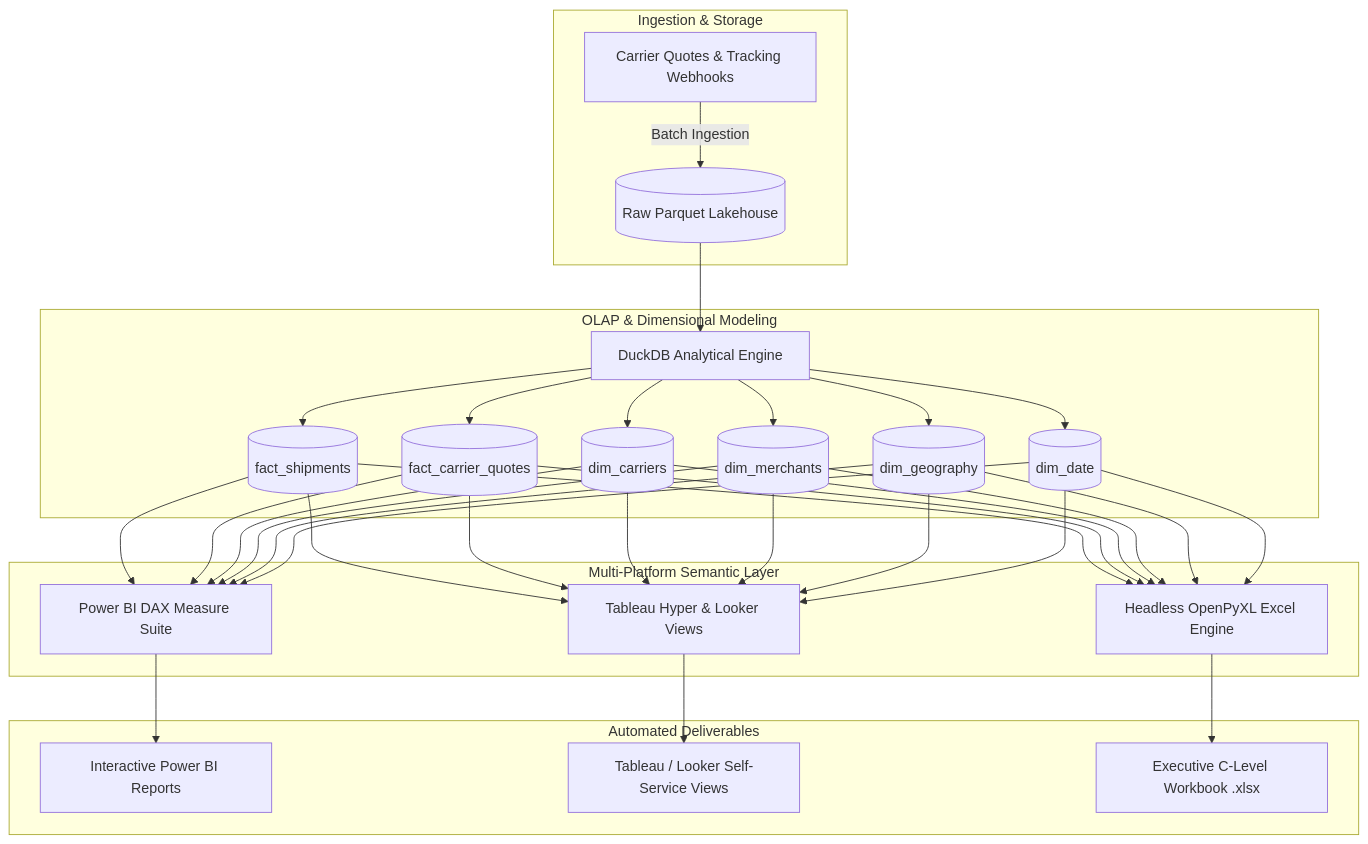
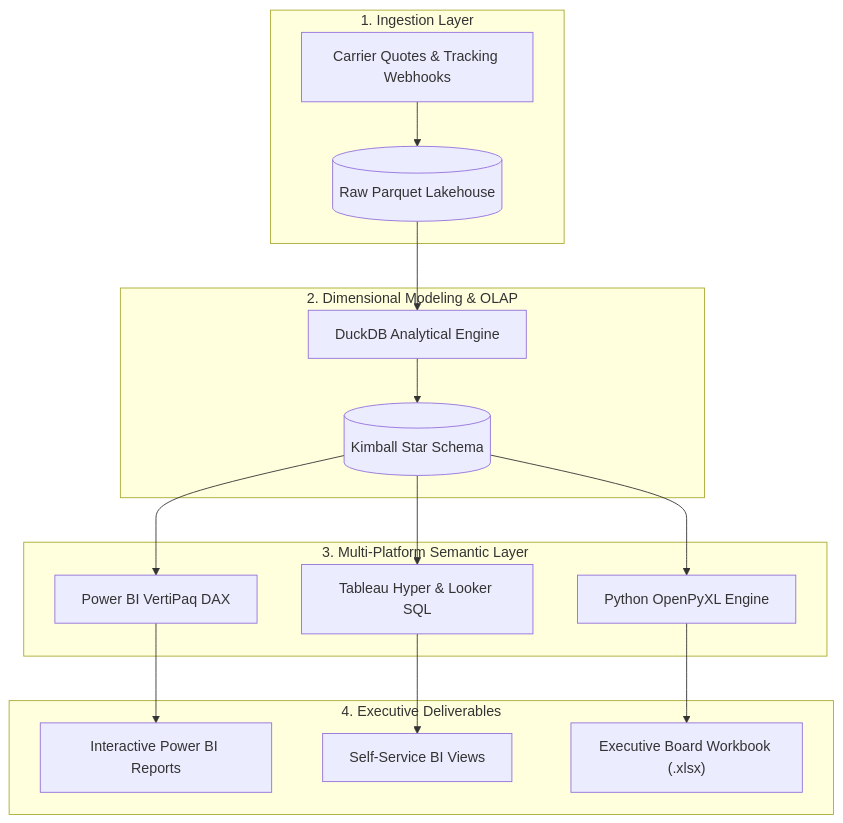
One commit to Maxrodri0311/Logistics-and-Shipping-Executive-Analytics-Hub changed the first of 2 diagrams in README.md. Above: the diagram before and after it, drawn with Mermaid. The commit also changed other lines of this file, not shown here.

Commit message:
little_fix: resolve github mermaid dark mode rendering and enhance star schema topology

````diff
--- a/README.md
+++ b/README.md
@@ -19,28 +19,23 @@
 ```mermaid
 flowchart TD
-    subgraph Ingestion & Storage
-        A[Carrier Quotes & Tracking Webhooks] -->|Batch Ingestion| B[(Raw Parquet Lakehouse)]
+    subgraph S1 ["1. Ingestion Layer"]
+        A["Carrier Quotes & Tracking Webhooks"] --> B[("Raw Parquet Lakehouse")]
     end
 
-    subgraph OLAP & Dimensional Modeling
-        B --> C[DuckDB Analytical Engine]
-        C --> D[(fact_shipments)]
-        C --> E[(fact_carrier_quotes)]
-        C --> F[(dim_carriers)]
-        C --> G[(dim_merchants)]
-        C --> H[(dim_geography)]
-        C --> I[(dim_date)]
+    subgraph S2 ["2. Dimensional Modeling & OLAP"]
+        B --> C["DuckDB Analytical Engine"]
+        C --> D[("Kimball Star Schema")]
     end
 
-    subgraph Multi-Platform Semantic Layer
-        D & E & F & G & H & I --> J[Power BI DAX Measure Suite]
-        D & E & F & G & H & I --> K[Tableau Hyper & Looker Views]
-        D & E & F & G & H & I --> L[Headless OpenPyXL Excel Engine]
+    subgraph S3 ["3. Multi-Platform Semantic Layer"]
+        D --> E["Power BI VertiPaq DAX"]
+        D --> F["Tableau Hyper & Looker SQL"]
+        D --> G["Python OpenPyXL Engine"]
     end
 
-    subgraph Automated Deliverables
-        J --> M[Interactive Power BI Reports]
-        K --> N[Tableau / Looker Self-Service Views]
-        L --> O[Executive C-Level Workbook .xlsx]
+    subgraph S4 ["4. Executive Deliverables"]
+        E --> H["Interactive Power BI Reports"]
+        F --> I["Self-Service BI Views"]
+        G --> J["Executive Board Workbook (.xlsx)"]
     end
 ```
````
